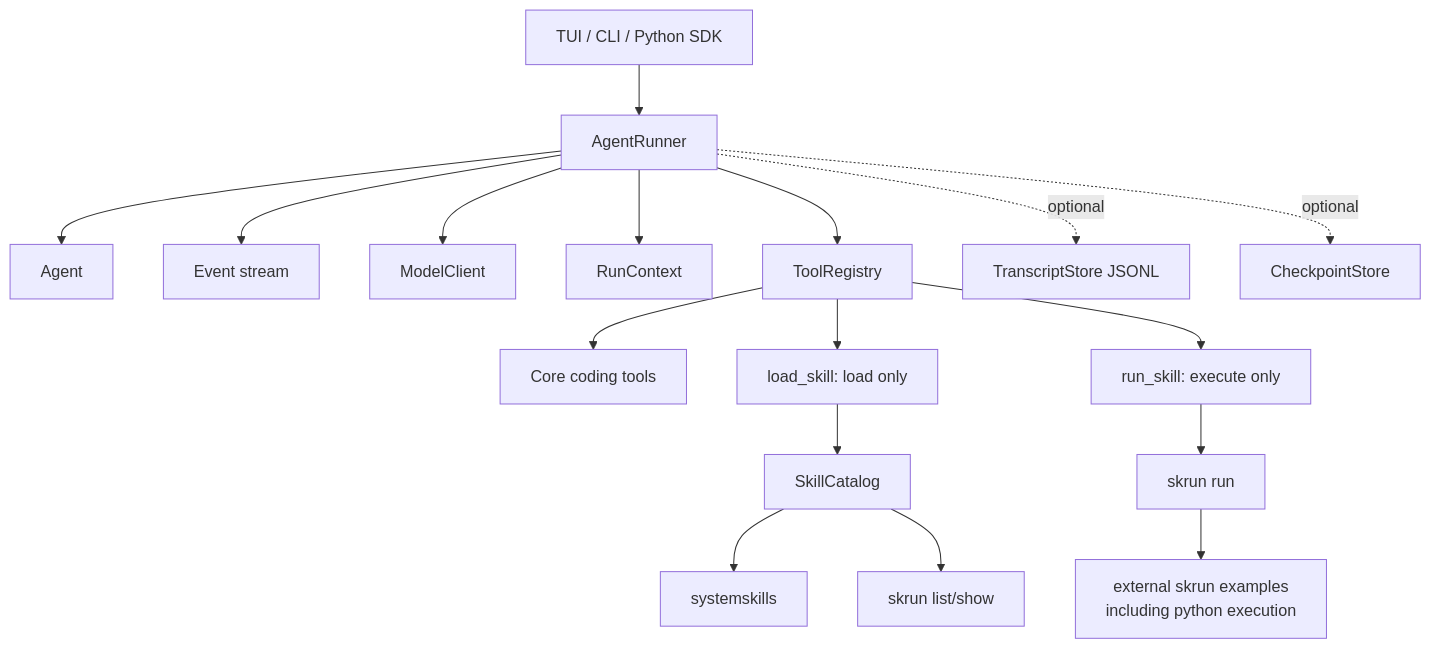
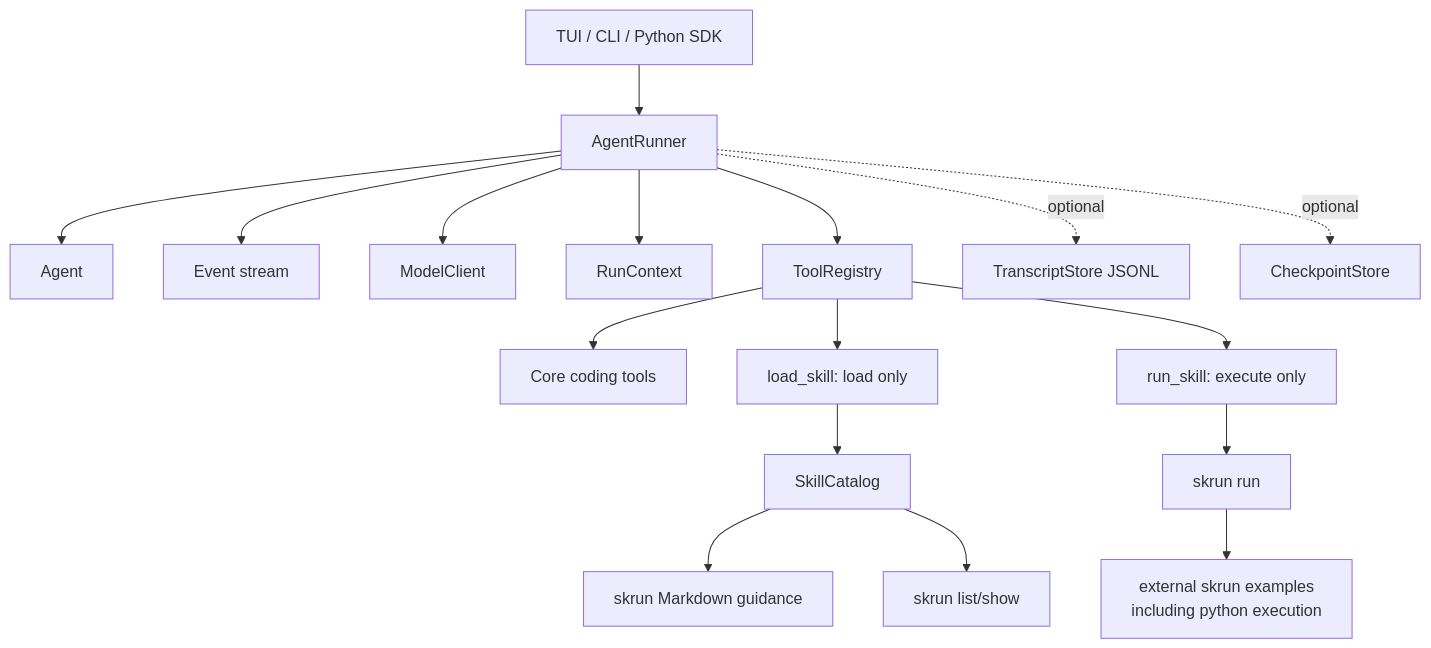
Before and after one commit to lhwzds/restflow: the diagram in AGENT_FRAMEWORK_REFACTOR_PLAN.md, drawn with Mermaid. The commit also changed other lines of this file and 55 other files, not shown here.

Commit message:
refactor(skills): remove storage-backed catalog

````diff
--- a/AGENT_FRAMEWORK_REFACTOR_PLAN.md
+++ b/AGENT_FRAMEWORK_REFACTOR_PLAN.md
@@ -109,19 +109,19 @@
 ```mermaid
 flowchart TD
     TUI["TUI / CLI / Python SDK"] --> Runner["AgentRunner"]
     Runner --> Agent["Agent"]
     Runner --> Events["Event stream"]
     Runner --> Model["ModelClient"]
     Runner --> Context["RunContext"]
     Runner --> Tools["ToolRegistry"]
     Tools --> SafeTools["Core coding tools"]
     Tools --> LoadSkill["load_skill: load only"]
     Tools --> RunSkill["run_skill: execute only"]
     LoadSkill --> SkillCatalog["SkillCatalog"]
-    SkillCatalog --> SystemSkills["systemskills"]
+    SkillCatalog --> SkrunGuidance["skrun Markdown guidance"]
     SkillCatalog --> SkrunCatalog["skrun list/show"]
     RunSkill --> SkrunRun["skrun run"]
     SkrunRun --> SkrunExamples["external skrun examples\nincluding python execution"]
     Runner -. optional .-> Transcript["TranscriptStore JSONL"]
     Runner -. optional .-> Checkpoint["CheckpointStore"]
 ```
````
